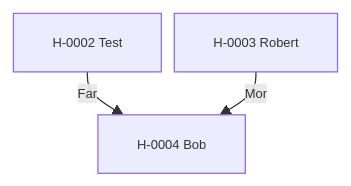
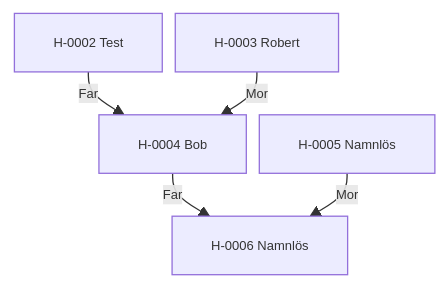
The diagram in content/02. Register/02.3 Stamtavlor/Stamtavla H-0002.md (awoltmp/horse-registry), drawn with Mermaid before and after one commit. The commit also changed other lines of this file and 32 other files, not shown here.

````diff
--- a/content/02. Register/02.3 Stamtavlor/Stamtavla H-0002.md
+++ b/content/02. Register/02.3 Stamtavlor/Stamtavla H-0002.md
@@ -23,10 +23,14 @@
 ```mermaid
 %%{init: {"flowchart": {"nodeSpacing": 10, "rankSpacing": 18, "curve": "basis", "htmlLabels": true}, "themeVariables": {"fontSize": "10px"}}}%%
 flowchart TB
     h0["H-0002 Test"]
     h1["H-0003 Robert"]
     h2["H-0004 Bob"]
+    h3["H-0005 Namnlös"]
+    h4["H-0006 Namnlös"]
     h0 -->|Far| h2
     h1 -->|Mor| h2
-    class h0,h1,h2 internal-link;
+    h2 -->|Far| h4
+    h3 -->|Mor| h4
+    class h0,h1,h2,h3,h4 internal-link;
 ```
````
